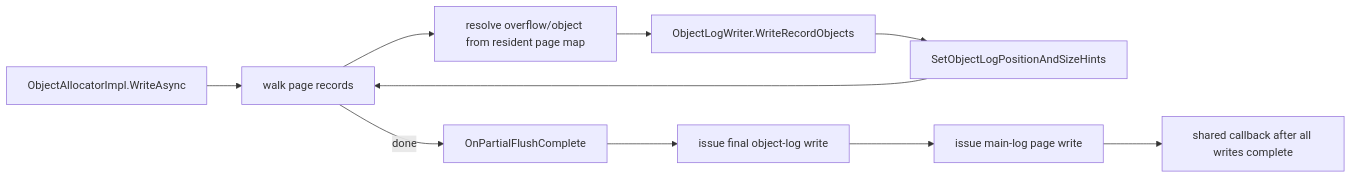
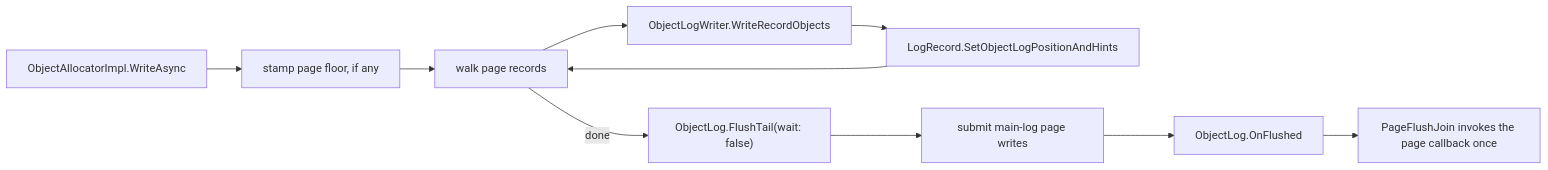
One commit to microsoft/garnet changed the diagram in website/docs/dev/tsavorite/objectlog-serialization.md. Above: the diagram before and after it, drawn with Mermaid. The commit also changed other lines of this file and 4 other files, not shown here.

````diff
--- a/website/docs/dev/tsavorite/objectlog-serialization.md
+++ b/website/docs/dev/tsavorite/objectlog-serialization.md
@@ -474,12 +483,12 @@
 ```mermaid
 flowchart LR
-    A[ObjectAllocatorImpl.WriteAsync] --> B[walk page records]
-    B --> C[resolve overflow/object from resident page map]
+    A[ObjectAllocatorImpl.WriteAsync] --> B[stamp page floor, if any]
+    B --> C[walk page records]
     C --> D[ObjectLogWriter.WriteRecordObjects]
-    D --> E[SetObjectLogPositionAndSizeHints]
-    E --> B
-    B -->|done| F[OnPartialFlushComplete]
-    F --> G[issue final object-log write]
-    G --> H[issue main-log page write]
-    H --> I[shared callback after all writes complete]
+    D --> E[LogRecord.SetObjectLogPositionAndHints]
+    E --> C
+    C -->|done| F["ObjectLog.FlushTail(wait: false)"]
+    F --> G[submit main-log page writes]
+    G --> H[ObjectLog.OnFlushed]
+    H --> I[PageFlushJoin invokes the page callback once]
 ```
````
